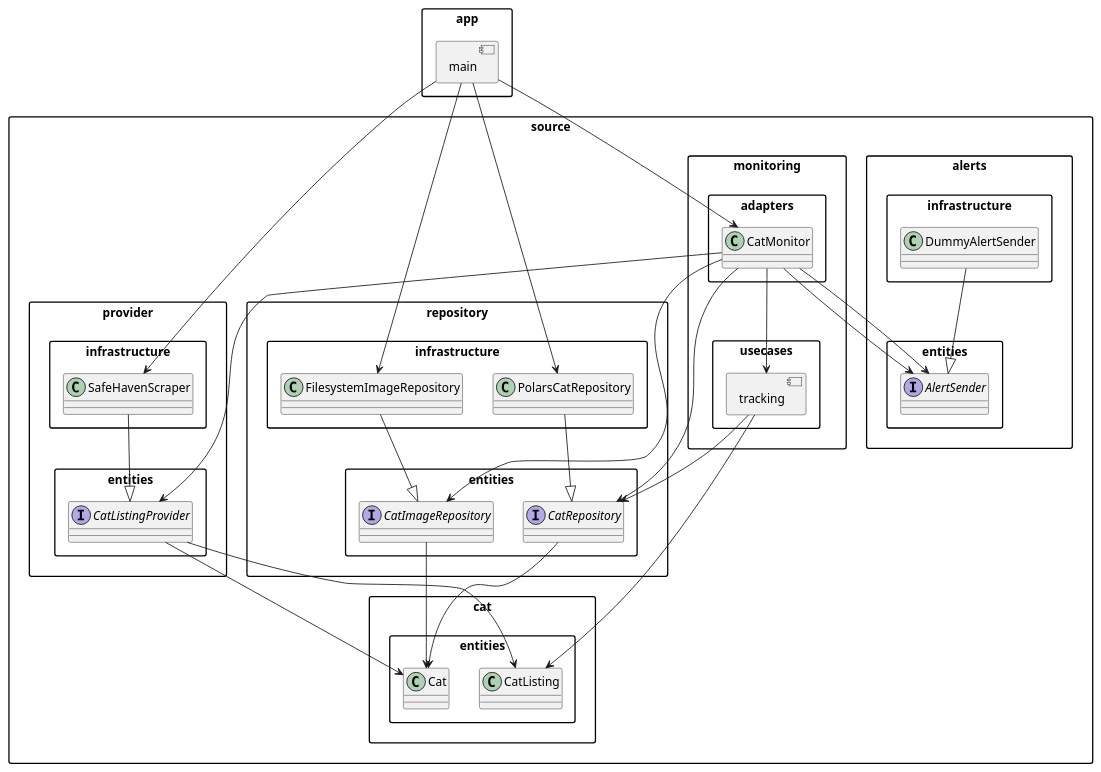
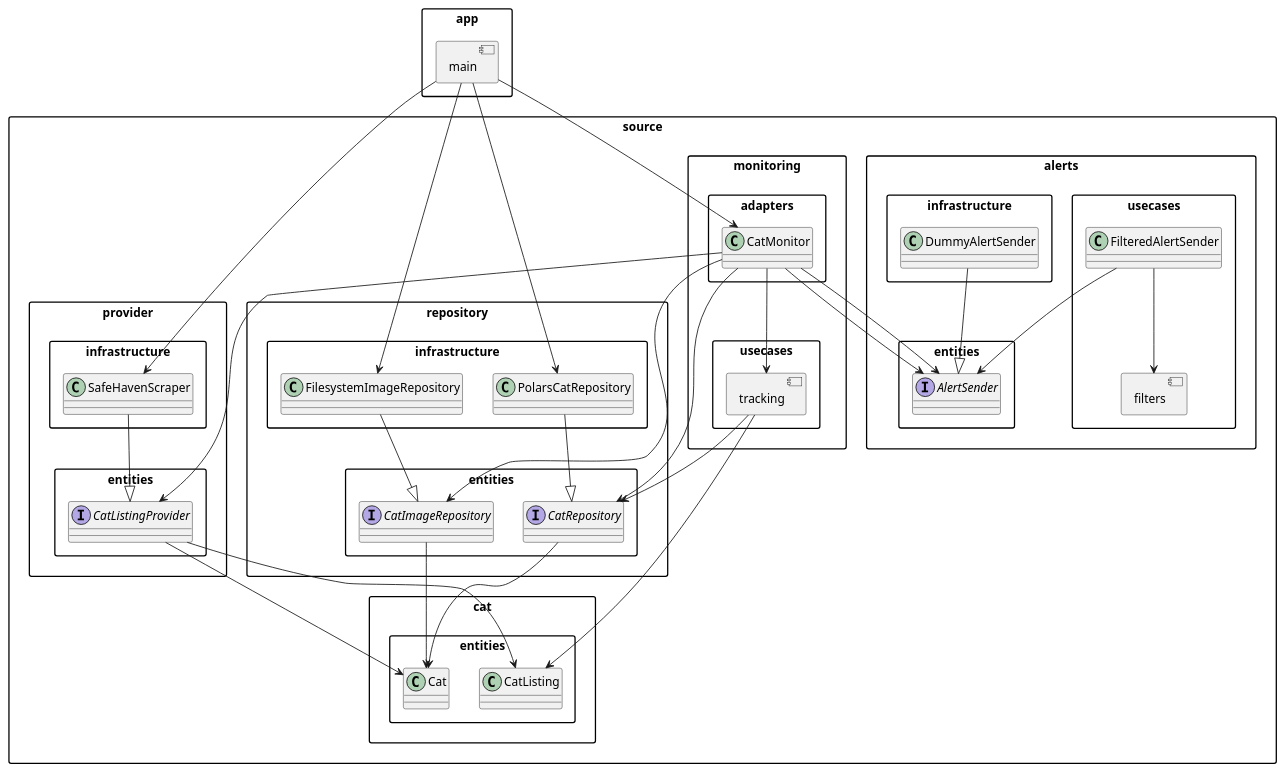
The diagram in architecture.plantuml (tctibbs/feline-finder), drawn with PlantUML before and after one commit. The commit also changed 5 other files, not shown here.

```diff
--- a/architecture.plantuml
+++ b/architecture.plantuml
@@ -1,90 +1,98 @@
 @startuml FelineFinder
 
 skinparam packageStyle rectangle
 allow_mixing
 
 package source {   
     package "cat" {
         package "entities" {
             class Cat
             class CatListing
         }
     }
 
     
     package "provider" {
         package "entities" {
             interface CatListingProvider
 
             CatListingProvider --> CatListing
             CatListingProvider --> Cat
         }
 
         package "infrastructure" {
             class SafeHavenScraper
 
             SafeHavenScraper --|> CatListingProvider
         }
     }
 
     package "repository" {
         package "entities" {
             interface CatRepository
             interface CatImageRepository
 
             CatRepository --> Cat
             CatImageRepository --> Cat
         }
 
         package "infrastructure" {
             class PolarsCatRepository
             class FilesystemImageRepository
 
             PolarsCatRepository --|> CatRepository
             FilesystemImageRepository --|> CatImageRepository
         }
     }
 
     package "alerts"{
         package "entities" {
             interface AlertSender
         }
 
+        package "usecases" {
+            class FilteredAlertSender
+            component filters       
+
+            FilteredAlertSender --> AlertSender
+            FilteredAlertSender --> filters
+        }
+
         package "infrastructure" {
             class DummyAlertSender
 
             DummyAlertSender --|> AlertSender
         }
     }
 
     package "monitoring" {
         package "usecases" {
             component tracking
             tracking --> CatListing
             tracking --> CatRepository
         }
 
         package "adapters" {
             class CatMonitor
             CatMonitor --> tracking
             CatMonitor --> AlertSender
             CatMonitor --> CatListingProvider
             CatMonitor --> CatRepository
             CatMonitor --> CatImageRepository
             CatMonitor --> AlertSender
         }
     }
 }
 
 package "app" {
   component main
 
     main --> CatMonitor
     main --> FilesystemImageRepository
     main --> PolarsCatRepository
     main --> SafeHavenScraper
 }
 
 
 
 @enduml
```
